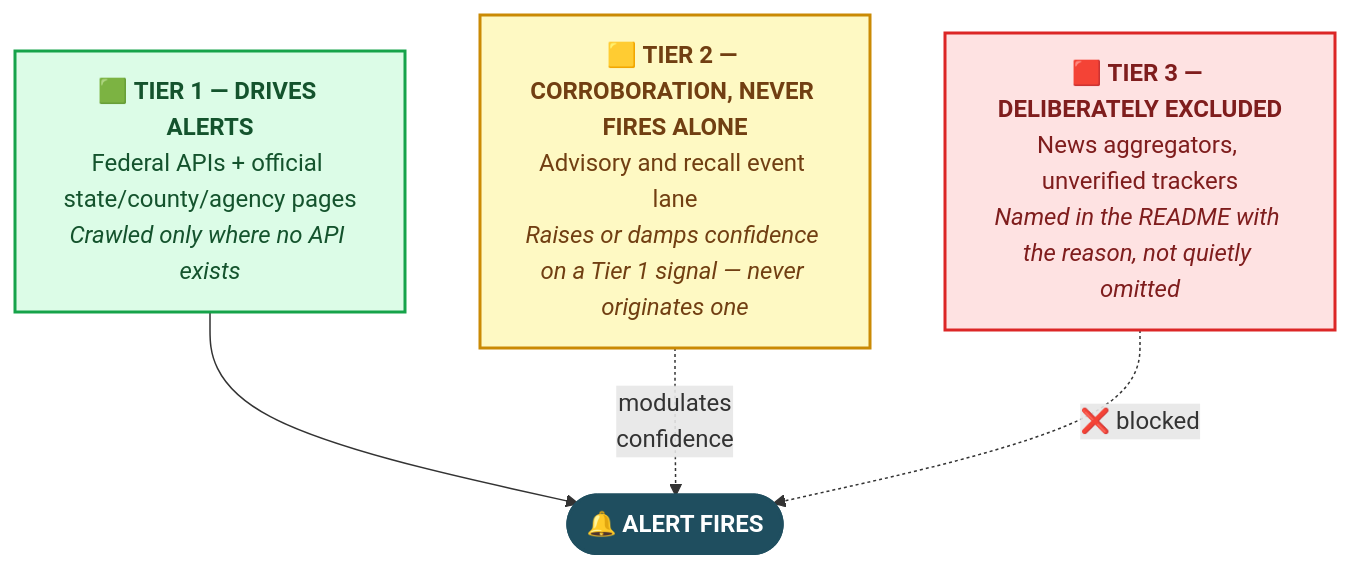
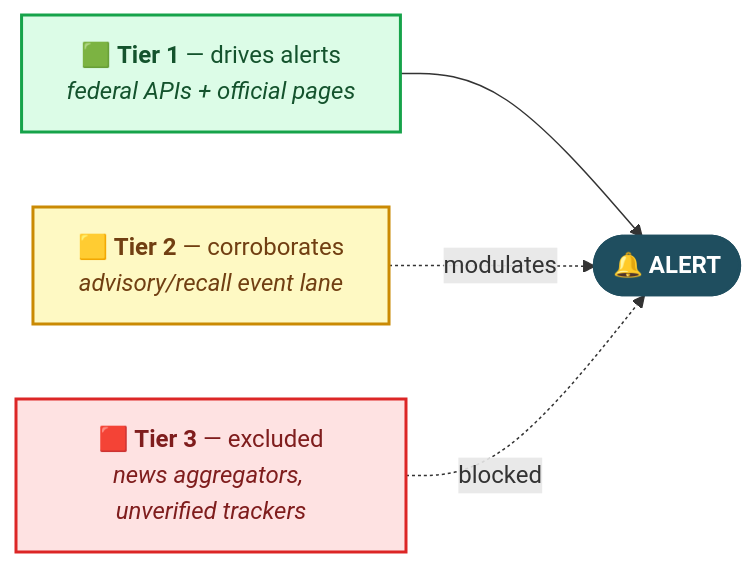
One commit to Dieurode1/Public-Health-Outbreak-Monitoring-System changed the third of 3 diagrams in README.md. Above: the diagram before and after it, drawn with Mermaid. The commit also changed other lines of this file, not shown here.

````diff
--- a/README.md
+++ b/README.md
@@ -257,20 +204,20 @@
 ```mermaid
-flowchart TB
-    T1["🟩 <b>TIER 1 — DRIVES ALERTS</b><br/>Federal APIs + official state/county/agency pages<br/><i>Crawled only where no API exists</i>"]
-    T2["🟨 <b>TIER 2 — CORROBORATION, NEVER FIRES ALONE</b><br/>Advisory and recall event lane<br/><i>Raises or damps confidence on a Tier 1 signal — never originates one</i>"]
-    T3["🟥 <b>TIER 3 — DELIBERATELY EXCLUDED</b><br/>News aggregators, unverified trackers<br/><i>Named in the README with the reason, not quietly omitted</i>"]
+flowchart LR
+    T1["🟩 <b>Tier 1</b> — drives alerts<br/><i>federal APIs + official pages</i>"]
+    T2["🟨 <b>Tier 2</b> — corroborates<br/><i>advisory/recall event lane</i>"]
+    T3["🟥 <b>Tier 3</b> — excluded<br/><i>news aggregators, unverified trackers</i>"]
 
-    T1 --> ALERT(["🔔 <b>ALERT FIRES</b>"])
-    T2 -.->|"modulates<br/>confidence"| ALERT
-    T3 -.->|"❌ blocked"| ALERT
+    T1 --> A(["🔔 <b>ALERT</b>"])
+    T2 -.->|"modulates"| A
+    T3 -.->|"blocked"| A
 
     classDef t1 fill:#DCFCE7,stroke:#16A34A,stroke-width:2px,color:#14532D
     classDef t2 fill:#FEF9C3,stroke:#CA8A04,stroke-width:2px,color:#713F12
     classDef t3 fill:#FEE2E2,stroke:#DC2626,stroke-width:2px,color:#7F1D1D
     classDef al fill:#1F4E5F,stroke:#1F4E5F,stroke-width:2px,color:#FFFFFF
 
     class T1 t1
     class T2 t2
     class T3 t3
-    class ALERT al
+    class A al
 ```
````
